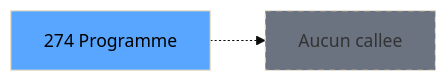
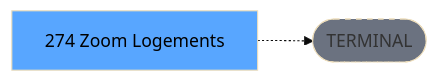
The third of 3 diagrams in .openspec/specs/ADH-IDE-274.md (thonyAGP/lecteur-magic), drawn with Mermaid (base theme) before and after one commit. The commit also changed other lines of this file and 701 other files, not shown here.

````diff
--- a/.openspec/specs/ADH-IDE-274.md
+++ b/.openspec/specs/ADH-IDE-274.md
@@ -163,8 +136,8 @@
 ```mermaid
 graph LR
-    T[274 Programme]
-    NONE[Aucun callee]
-    T -.-> NONE
+    T[274 Zoom Logements]
+    TERM([TERMINAL])
+    T -.-> TERM
+    style TERM fill:#6b7280,stroke-dasharray: 5 5
     style T fill:#58a6ff,color:#000
-    style NONE fill:#6b7280,stroke-dasharray: 5 5
 ```
````
